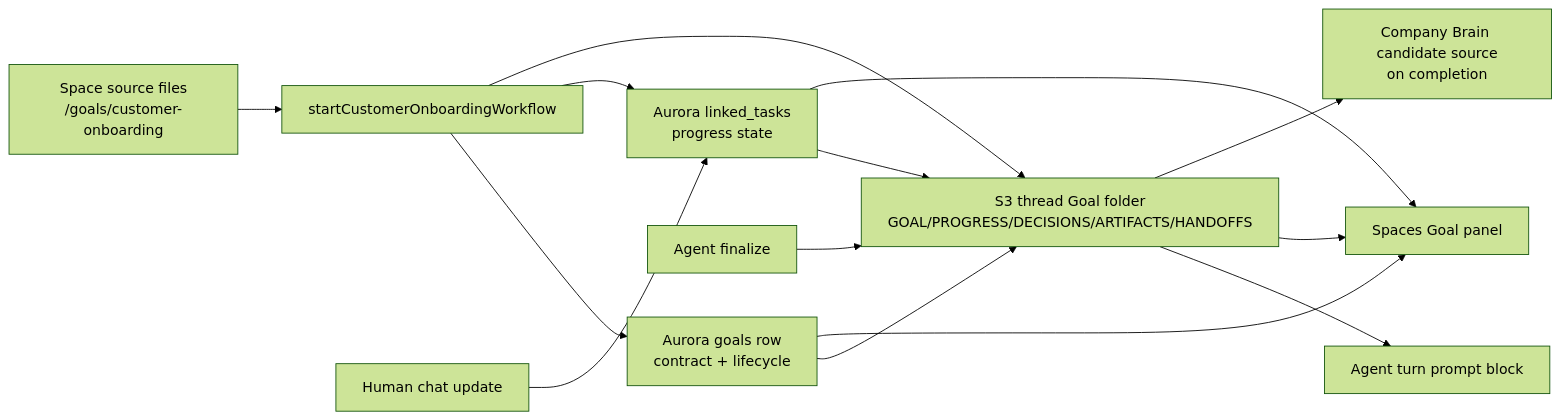
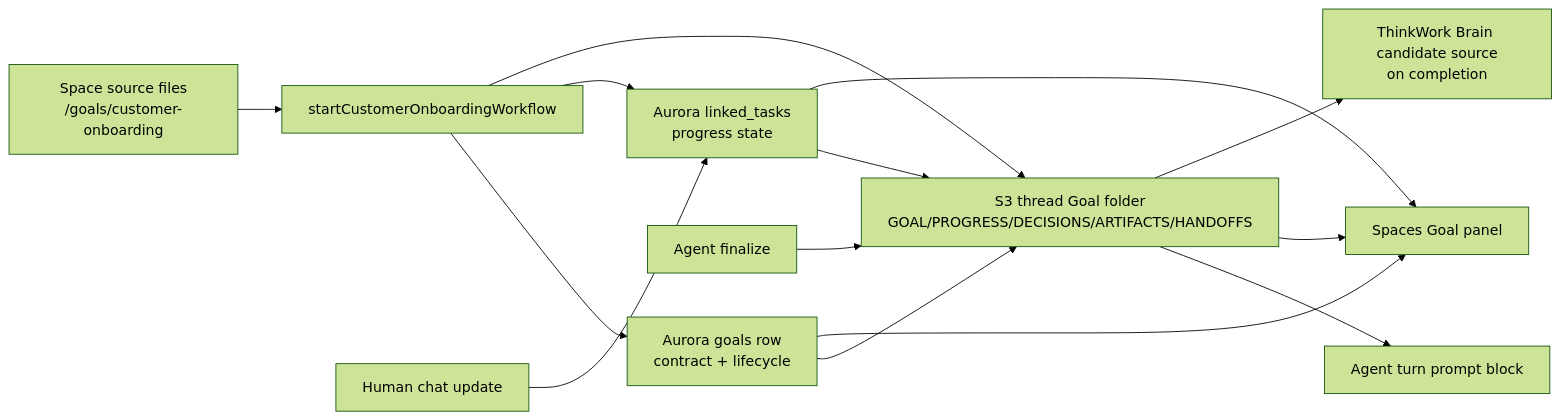
Before and after one commit to thinkwork-ai/thinkwork: the first of 2 diagrams in docs/plans/2026-05-27-003-feat-folder-native-goals-plan.md, drawn with Mermaid (forest theme). The commit also changed other lines of this file and 223 other files, not shown here.

Commit message:
refactor: finish graph substrate cleanup

````diff
--- a/docs/plans/2026-05-27-003-feat-folder-native-goals-plan.md
+++ b/docs/plans/2026-05-27-003-feat-folder-native-goals-plan.md
@@ -377,16 +377,16 @@
 ```mermaid
 flowchart LR
   SpaceTemplate["Space source files\n/goals/customer-onboarding"] --> StartWorkflow["startCustomerOnboardingWorkflow"]
   StartWorkflow --> GoalRow["Aurora goals row\ncontract + lifecycle"]
   StartWorkflow --> LinkedTasks["Aurora linked_tasks\nprogress state"]
   StartWorkflow --> GoalFolder["S3 thread Goal folder\nGOAL/PROGRESS/DECISIONS/ARTIFACTS/HANDOFFS"]
   ChatUpdate["Human chat update"] --> LinkedTasks
   AgentFinalize["Agent finalize"] --> GoalFolder
   LinkedTasks --> GoalFolder
   GoalRow --> GoalFolder
   GoalFolder --> AgentPrompt["Agent turn prompt block"]
   GoalRow --> SpacesUI["Spaces Goal panel"]
   LinkedTasks --> SpacesUI
   GoalFolder --> SpacesUI
-  GoalFolder --> BrainSeam["Company Brain candidate source\non completion"]
+  GoalFolder --> BrainSeam["ThinkWork Brain candidate source\non completion"]
 ```
````
